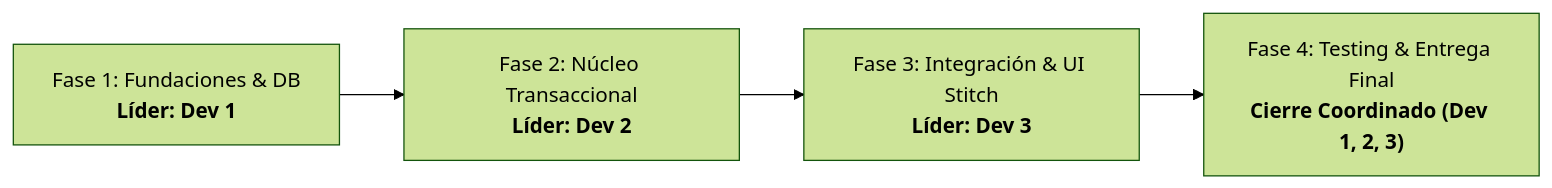
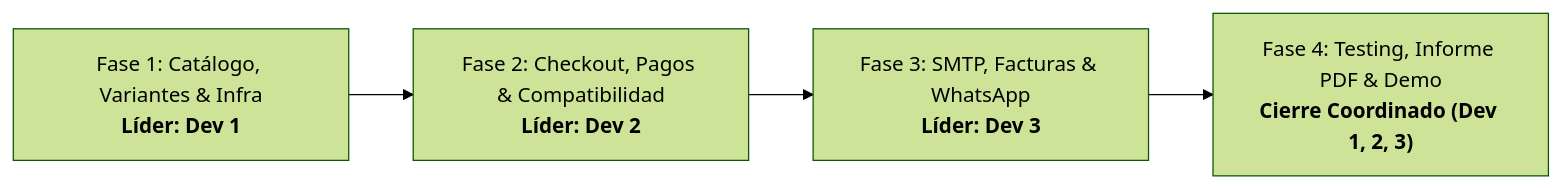
The diagram in PLAN-DESARROLLO.md (edys370/TechParts), drawn with Mermaid (forest theme) before and after one commit. The commit also changed other lines of this file and 8 other files, not shown here.

Commit message:
feat: alinear plan de desarrollo con Proyecto.md, integrar WhatsApp, aviso de compatibilidad y remover archivos de contexto

````diff
--- a/PLAN-DESARROLLO.md
+++ b/PLAN-DESARROLLO.md
@@ -21,6 +22,6 @@
 ```mermaid
 flowchart LR
-    F1["Fase 1: Fundaciones & DB<br/><b>Líder: Dev 1</b>"] --> F2["Fase 2: Núcleo Transaccional<br/><b>Líder: Dev 2</b>"]
-    F2 --> F3["Fase 3: Integración & UI Stitch<br/><b>Líder: Dev 3</b>"]
-    F3 --> F4["Fase 4: Testing & Entrega Final<br/><b>Cierre Coordinado (Dev 1, 2, 3)</b>"]
+    F1["Fase 1: Catálogo, Variantes & Infra<br/><b>Líder: Dev 1</b>"] --> F2["Fase 2: Checkout, Pagos & Compatibilidad<br/><b>Líder: Dev 2</b>"]
+    F2 --> F3["Fase 3: SMTP, Facturas & WhatsApp<br/><b>Líder: Dev 3</b>"]
+    F3 --> F4["Fase 4: Testing, Informe PDF & Demo<br/><b>Cierre Coordinado (Dev 1, 2, 3)</b>"]
 ```
````
